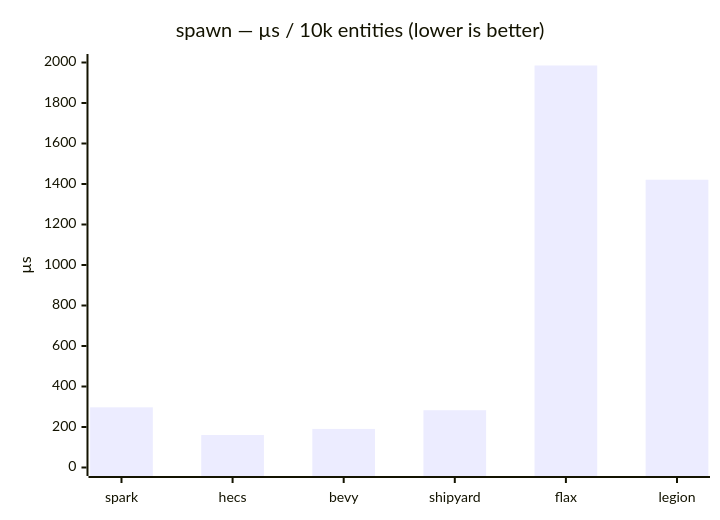
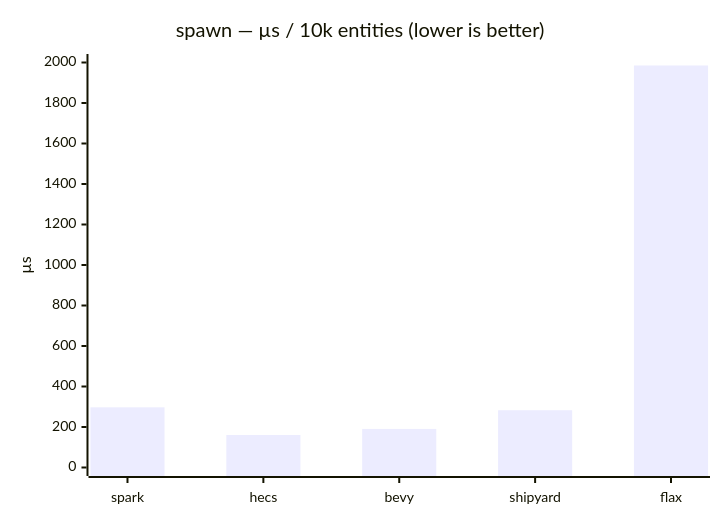
Before and after one commit to AlexTiTanium/spark: the first of 6 diagrams in bench/spark-ecs-bench/results/2026-05-31-bbb0e5d.md, drawn with Mermaid. The commit also changed other lines of this file and 6 other files, not shown here.

````diff
--- a/bench/spark-ecs-bench/results/2026-05-31-bbb0e5d.md
+++ b/bench/spark-ecs-bench/results/2026-05-31-bbb0e5d.md
@@ -95,7 +130,7 @@
 ```mermaid
 xychart-beta
     title "spawn — µs / 10k entities (lower is better)"
-    x-axis ["spark", "hecs", "bevy", "shipyard", "flax", "legion"]
+    x-axis ["spark", "hecs", "bevy", "shipyard", "flax"]
     y-axis "µs" 0 --> 2000
-    bar [297.12, 160.36, 190.50, 282.71, 1985.4, 1421.1]
+    bar [297.12, 160.36, 190.50, 282.71, 1985.4]
 ```
````
